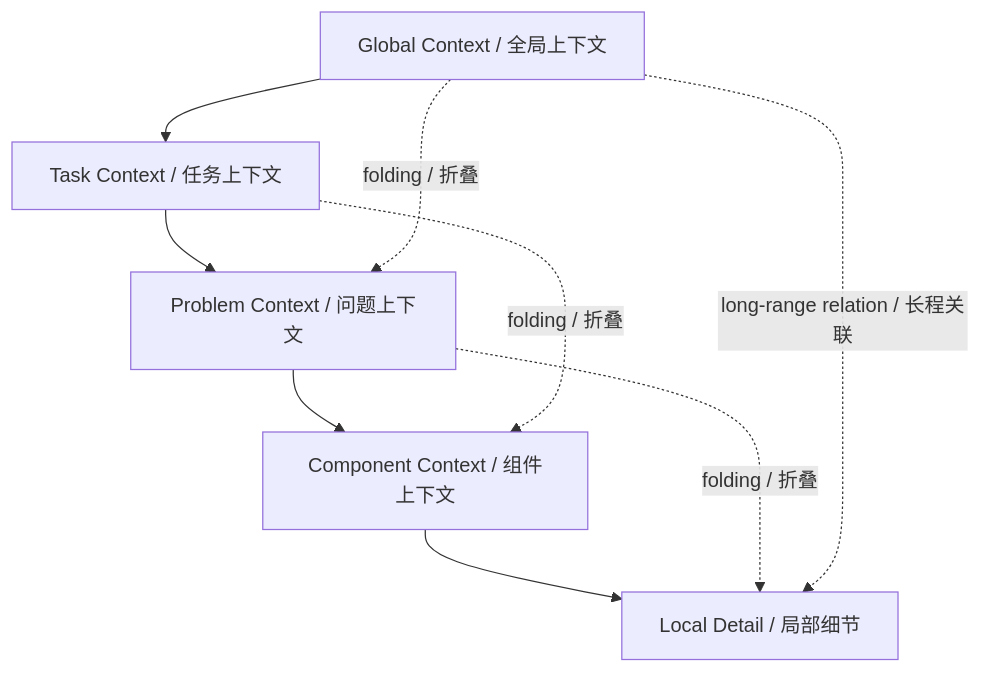
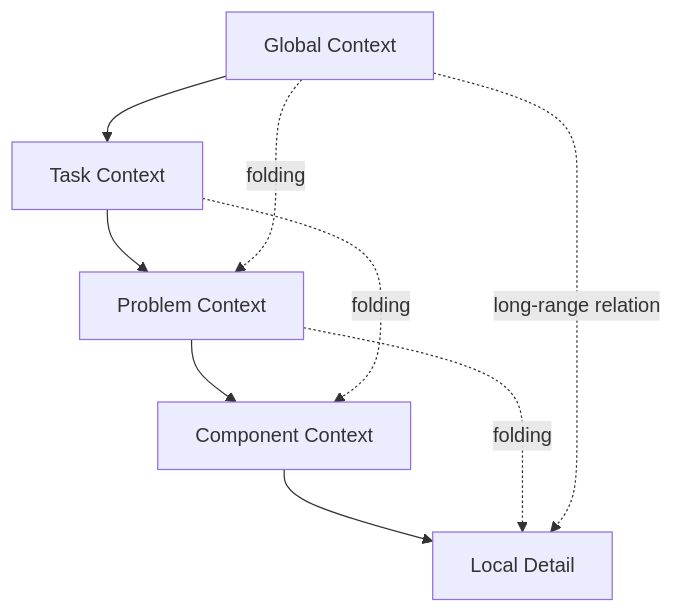
The fourth of 8 diagrams in README.md (televgtamfe-coder/HelixForge), drawn with Mermaid before and after one commit. The commit also changed other lines of this file and 1 other file, not shown here.

````diff
--- a/README.md
+++ b/README.md
@@ -152,12 +131,12 @@
 ```mermaid
 flowchart TD
-    G["Global Context / 全局上下文"] --> T["Task Context / 任务上下文"]
-    T --> P["Problem Context / 问题上下文"]
-    P --> C["Component Context / 组件上下文"]
-    C --> L["Local Detail / 局部细节"]
+    G["Global Context"] --> T["Task Context"]
+    T --> P["Problem Context"]
+    P --> C["Component Context"]
+    C --> L["Local Detail"]
 
-    G -. folding / 折叠 .-> P
-    T -. folding / 折叠 .-> C
-    P -. folding / 折叠 .-> L
-    G -. long-range relation / 长程关联 .-> L
+    G -. folding .-> P
+    T -. folding .-> C
+    P -. folding .-> L
+    G -. long-range relation .-> L
 ```
````
